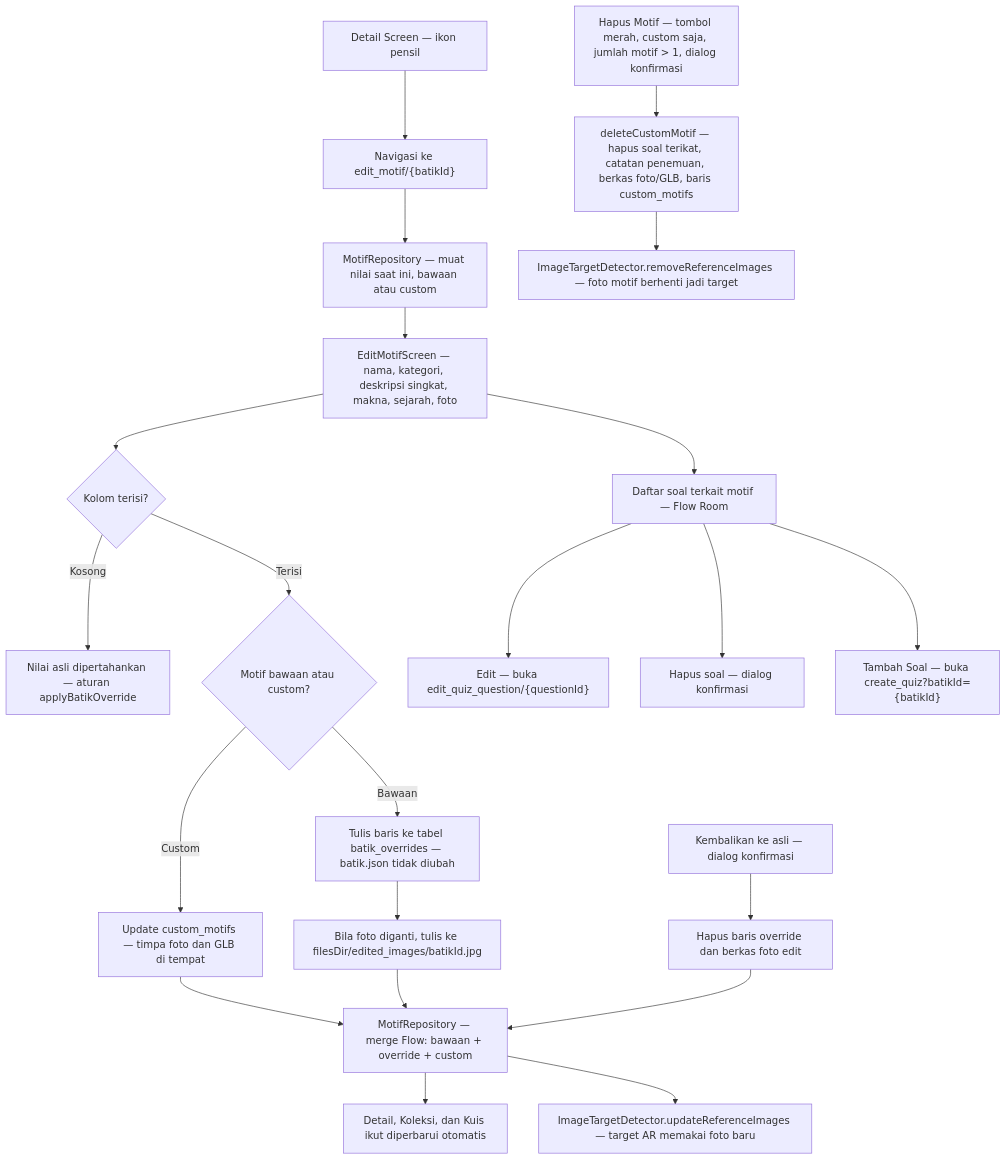
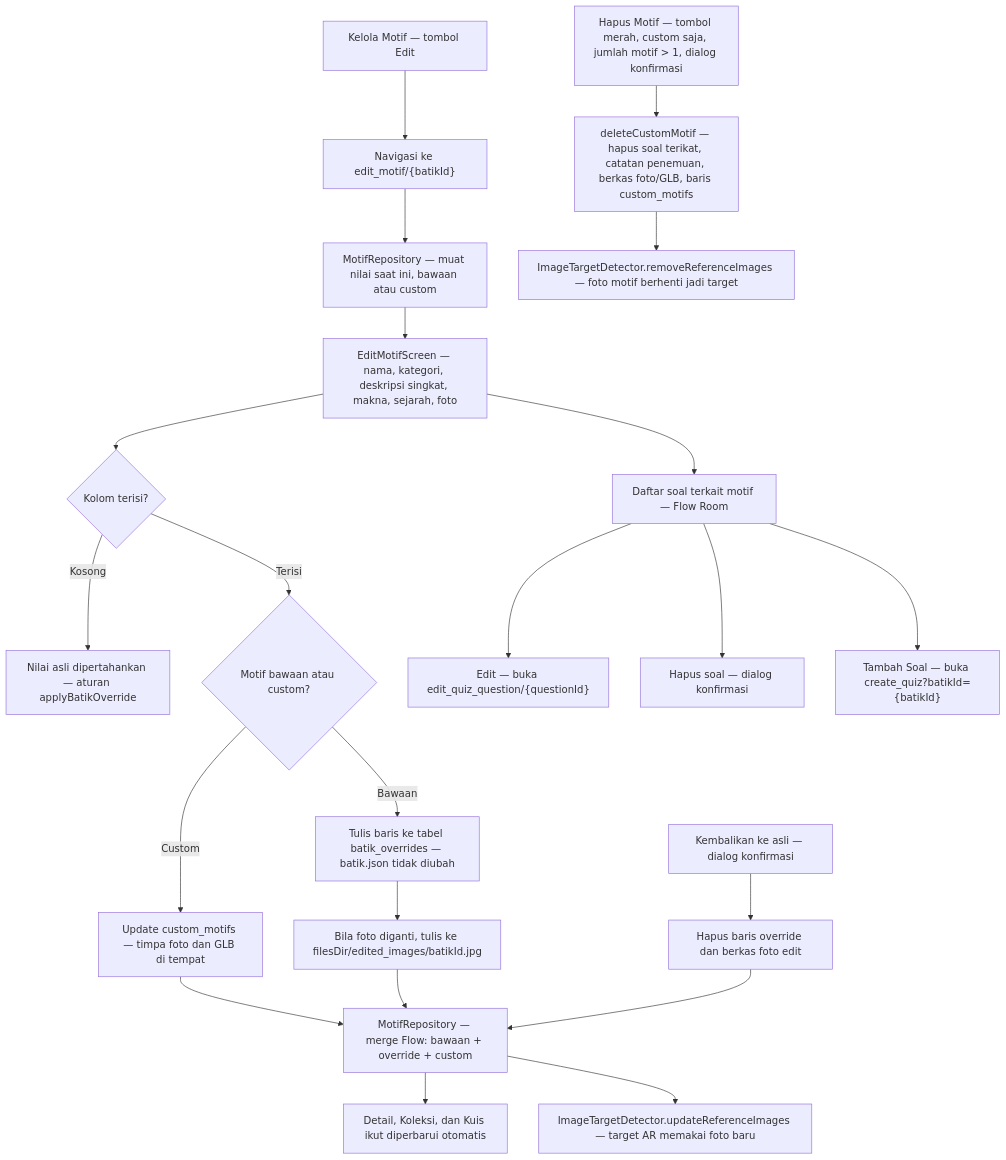
Before and after one commit to JailaniGans/Jelajah-batik-jambi-AR: the sixth of 8 diagrams in README.md, drawn with Mermaid. The commit also changed other lines of this file and 20 other files, not shown here.

First line of the commit message:
v1.4.2: kelola motif, progress upload, deteksi AR, fix kubus hitam + migrasi GLB

````diff
--- a/README.md
+++ b/README.md
@@ -289,26 +292,26 @@
 ```mermaid
 flowchart TD
-    DET["Detail Screen — ikon pensil"] --> RUTE["Navigasi ke edit_motif/{batikId}"]
+    MG["Kelola Motif — tombol Edit"] --> RUTE["Navigasi ke edit_motif/{batikId}"]
     RUTE --> LOAD["MotifRepository — muat nilai saat ini, bawaan atau custom"]
     LOAD --> FORM["EditMotifScreen — nama, kategori, deskripsi singkat, makna, sejarah, foto"]
     FORM --> FILLED{"Kolom terisi?"}
     FILLED -->|Kosong| KEEP["Nilai asli dipertahankan — aturan applyBatikOverride"]
     FILLED -->|Terisi| SAVE{"Motif bawaan atau custom?"}
     SAVE -->|Bawaan| OVR["Tulis baris ke tabel batik_overrides — batik.json tidak diubah"]
     SAVE -->|Custom| UPD["Update custom_motifs — timpa foto dan GLB di tempat"]
     OVR --> IMG["Bila foto diganti, tulis ke filesDir/edited_images/batikId.jpg"]
     UPD --> REF["MotifRepository — merge Flow: bawaan + override + custom"]
     IMG --> REF
     REF --> UI["Detail, Koleksi, dan Kuis ikut diperbarui otomatis"]
     REF --> DET2["ImageTargetDetector.updateReferenceImages — target AR memakai foto baru"]
     RESET["Kembalikan ke asli — dialog konfirmasi"] --> DEL["Hapus baris override dan berkas foto edit"]
     DEL --> REF
 
     FORM --> QLIST["Daftar soal terkait motif — Flow Room"]
     QLIST --> QEDIT["Edit — buka edit_quiz_question/{questionId}"]
     QLIST --> QDEL["Hapus soal — dialog konfirmasi"]
     QLIST --> QADD["Tambah Soal — buka create_quiz?batikId={batikId}"]
 
     DELMOTIF["Hapus Motif — tombol merah, custom saja, jumlah motif > 1, dialog konfirmasi"] --> CASC["deleteCustomMotif — hapus soal terikat, catatan penemuan, berkas foto/GLB, baris custom_motifs"]
     CASC --> NODEREF["ImageTargetDetector.removeReferenceImages — foto motif berhenti jadi target"]
 ```
````
